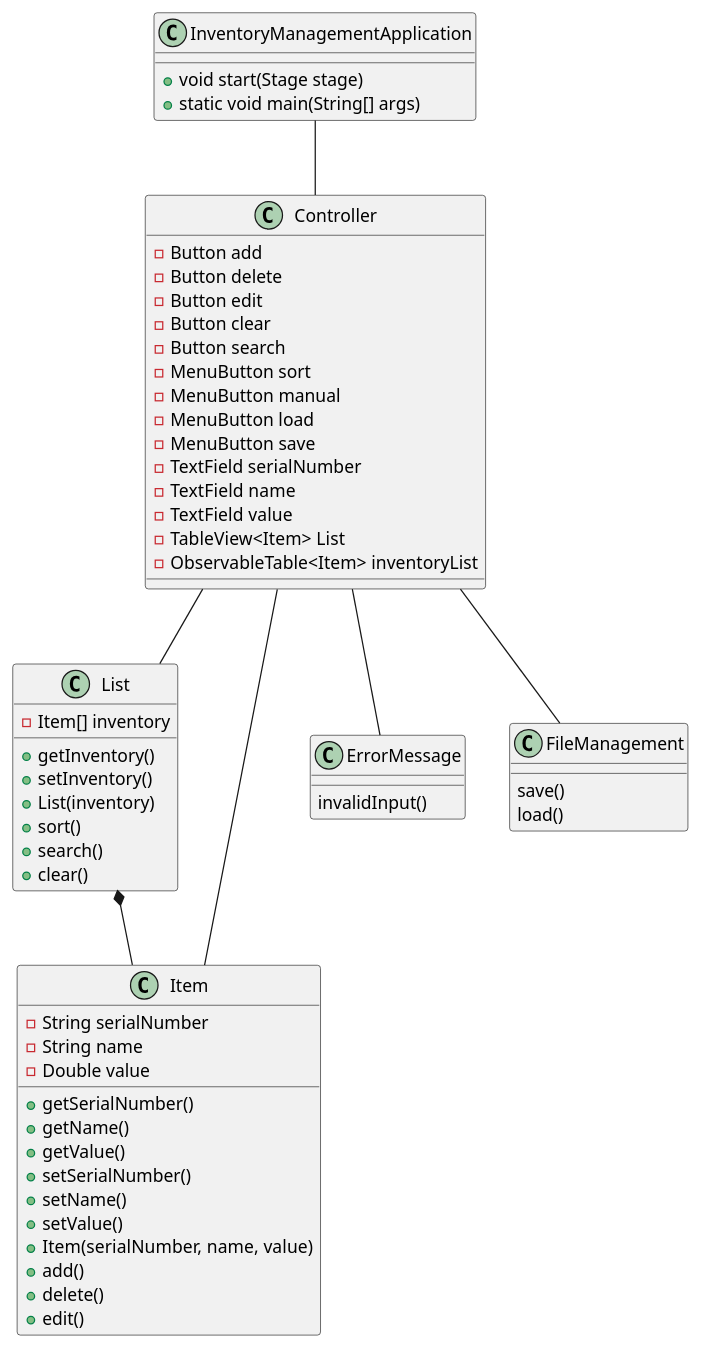
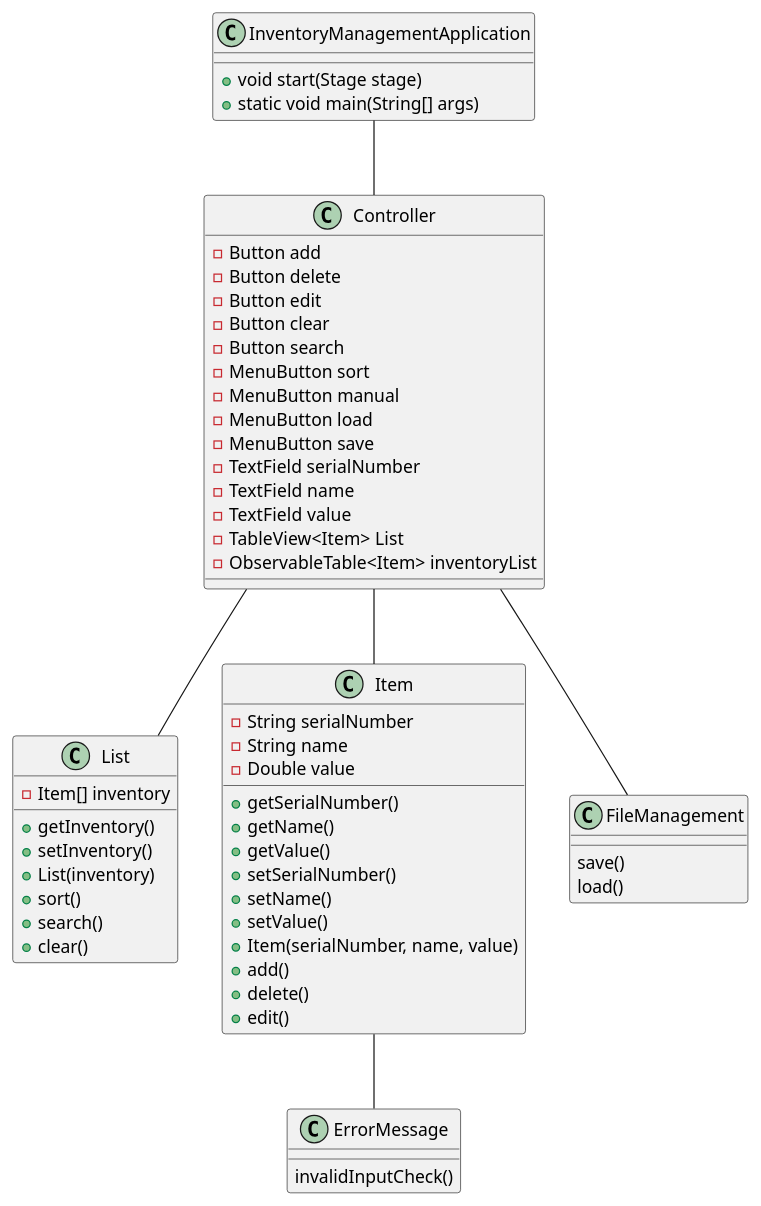
Before and after one commit to aidane1023/earnest-app2: the diagram in earnest-app2-code/docs/app2-classUML.puml, drawn with PlantUML. The commit also changed 3 other files, not shown here.

```diff
--- a/earnest-app2-code/docs/app2-classUML.puml
+++ b/earnest-app2-code/docs/app2-classUML.puml
@@ -1,74 +1,74 @@
 @startuml
 'https://plantuml.com/class-diagram
 
 class InventoryManagementApplication
 class Controller
 class List
 class Item
 class ErrorMessage
 class FileManagement
 
 InventoryManagementApplication -- Controller
 Controller -- List
 Controller -- Item
-Controller -- ErrorMessage
+Item -- ErrorMessage
 Controller -- FileManagement
-List *-- Item
+
 
 class InventoryManagementApplication {
     + void start(Stage stage)
     + static void main(String[] args)
 }
 
 class Controller {
     - Button add
     - Button delete
     - Button edit
     - Button clear
     - Button search
     - MenuButton sort
     - MenuButton manual
     - MenuButton load
     - MenuButton save
     - TextField serialNumber
     - TextField name
     - TextField value
     - TableView<Item> List
     - ObservableTable<Item> inventoryList
 }
 
 class FileManagement {
     save()
     load()
 }
 
 class ErrorMessage {
-    invalidInput()
+    invalidInputCheck()
 }
 
 class List {
     - Item[] inventory
     + getInventory()
     + setInventory()
     + List(inventory)
     + sort()
     + search()
     + clear()
 }
 
 class Item {
     - String serialNumber
     - String name
     - Double value
     + getSerialNumber()
     + getName()
     + getValue()
     + setSerialNumber()
     + setName()
     + setValue()
     + Item(serialNumber, name, value)
     + add()
     + delete()
     + edit()
 }
 @enduml
```
